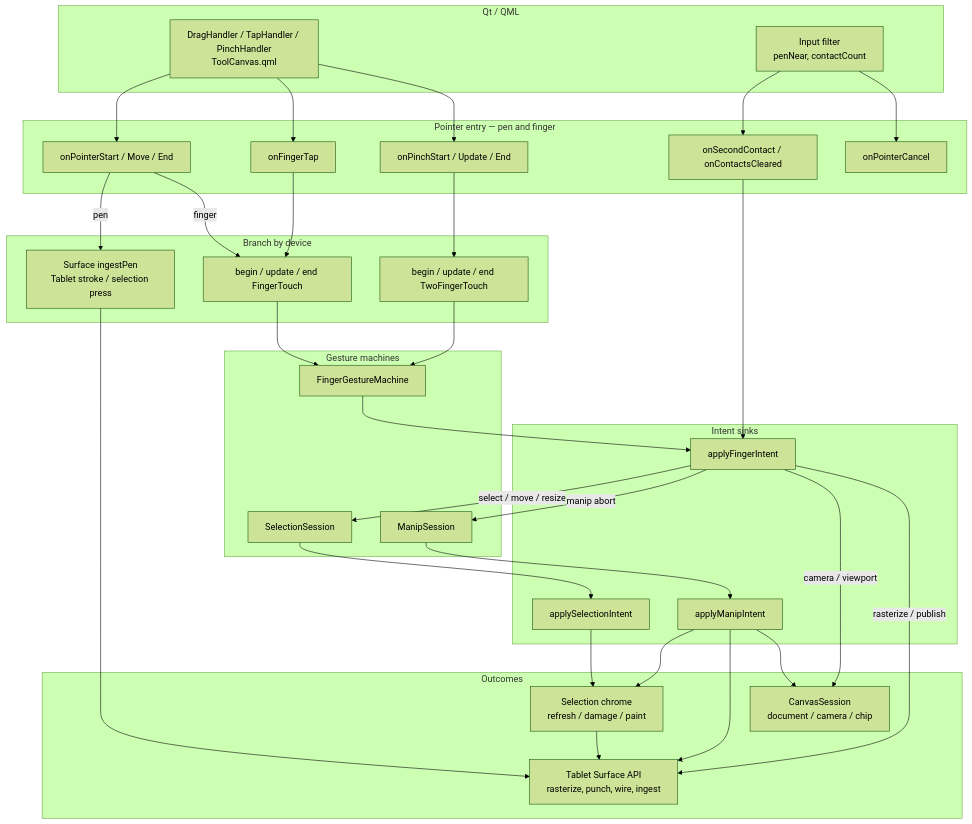
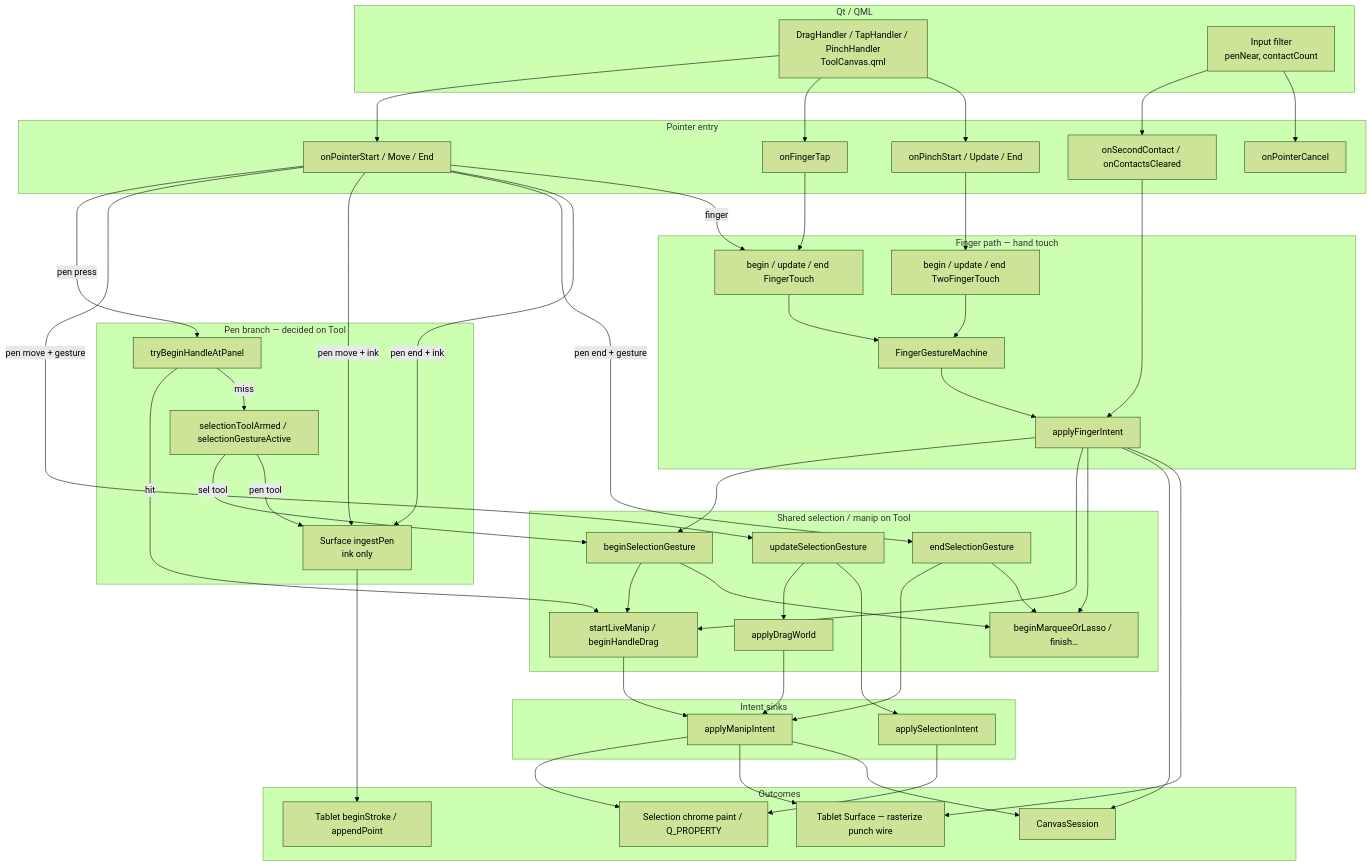
The diagram in epaper/drawing/toolcanvasitem.md (hoaidv/reawa), drawn with Mermaid (forest theme) before and after one commit. The commit also changed other lines of this file and 2 other files, not shown here.

Commit message:
Refactoring: No more round-trip for pen-event

````diff
--- a/epaper/drawing/toolcanvasitem.md
+++ b/epaper/drawing/toolcanvasitem.md
@@ -14,7 +15,7 @@
     IN["Input filter<br/>penNear, contactCount"]
   end
 
-  subgraph entry [Pointer entry — pen and finger]
+  subgraph entry [Pointer entry]
     PS[onPointerStart / Move / End]
     PC[onPointerCancel]
     FT[onFingerTap]
@@ -22,28 +23,38 @@
     SC[onSecondContact / onContactsCleared]
   end
 
-  subgraph branch [Branch by device]
-    PEN["Surface ingestPen<br/>Tablet stroke / selection press"]
+  subgraph penBranch [Pen branch — decided on Tool]
+    PH[tryBeginHandleAtPanel]
+    PSEL[selectionToolArmed / selectionGestureActive]
+    IP["Surface ingestPen<br/>ink only"]
+  end
+
+  subgraph fingerPath [Finger path — hand touch]
     F1[begin / update / end FingerTouch]
     F2[begin / update / end TwoFingerTouch]
+    FG[FingerGestureMachine]
+    AFI[applyFingerIntent]
   end
 
-  subgraph machine [Gesture machines]
-    FG[FingerGestureMachine]
-    SS[SelectionSession]
-    MS[ManipSession]
+  subgraph shared [Shared selection / manip on Tool]
+    BSG[beginSelectionGesture]
+    USG[updateSelectionGesture]
+    ESG[endSelectionGesture]
+    SLM[startLiveManip / beginHandleDrag]
+    ADW[applyDragWorld]
+    BML[beginMarqueeOrLasso / finish…]
   end
 
   subgraph sinks [Intent sinks]
-    AFI[applyFingerIntent]
     ASI[applySelectionIntent]
     AMI[applyManipIntent]
   end
 
   subgraph out [Outcomes]
-    CHROME["Selection chrome<br/>refresh / damage / paint"]
-    SURF["Tablet Surface API<br/>rasterize, punch, wire, ingest"]
-    SESS["CanvasSession<br/>document / camera / chip"]
+    CHROME[Selection chrome paint / Q_PROPERTY]
+    SURF[Tablet Surface — rasterize punch wire]
+    SESS[CanvasSession]
+    INK[Tablet beginStroke / appendPoint]
   end
 
   DH --> PS
@@ -52,27 +63,40 @@
   IN --> SC
   IN --> PC
 
-  PS -->|pen| PEN
+  PS -->|pen press| PH
+  PH -->|hit| SLM
+  PH -->|miss| PSEL
+  PSEL -->|sel tool| BSG
+  PSEL -->|pen tool| IP
+  PS -->|pen move + gesture| USG
+  PS -->|pen move + ink| IP
+  PS -->|pen end + gesture| ESG
+  PS -->|pen end + ink| IP
+  IP --> INK
+
   PS -->|finger| F1
   FT --> F1
   PIN --> F2
   SC --> AFI
-
   F1 --> FG
   F2 --> FG
   FG --> AFI
+  AFI --> BSG
+  AFI --> SLM
+  AFI --> BML
+  AFI --> SESS
+  AFI --> SURF
 
-  AFI -->|select / move / resize| SS
-  AFI -->|manip abort| MS
-  AFI -->|camera / viewport| SESS
-  AFI -->|rasterize / publish| SURF
-
-  SS --> ASI
-  MS --> AMI
+  BSG --> SLM
+  BSG --> BML
+  USG --> ADW
+  USG --> ASI
+  ESG --> AMI
+  ESG --> BML
+  SLM --> AMI
+  ADW --> AMI
   ASI --> CHROME
   AMI --> CHROME
   AMI --> SURF
   AMI --> SESS
-  PEN --> SURF
-  CHROME --> SURF
 ```
````
